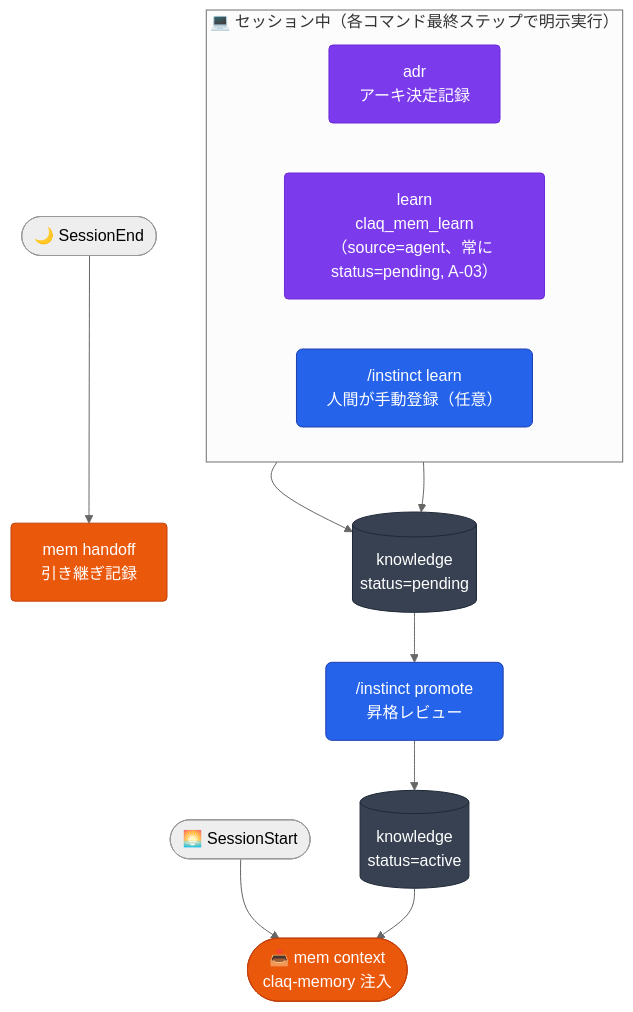
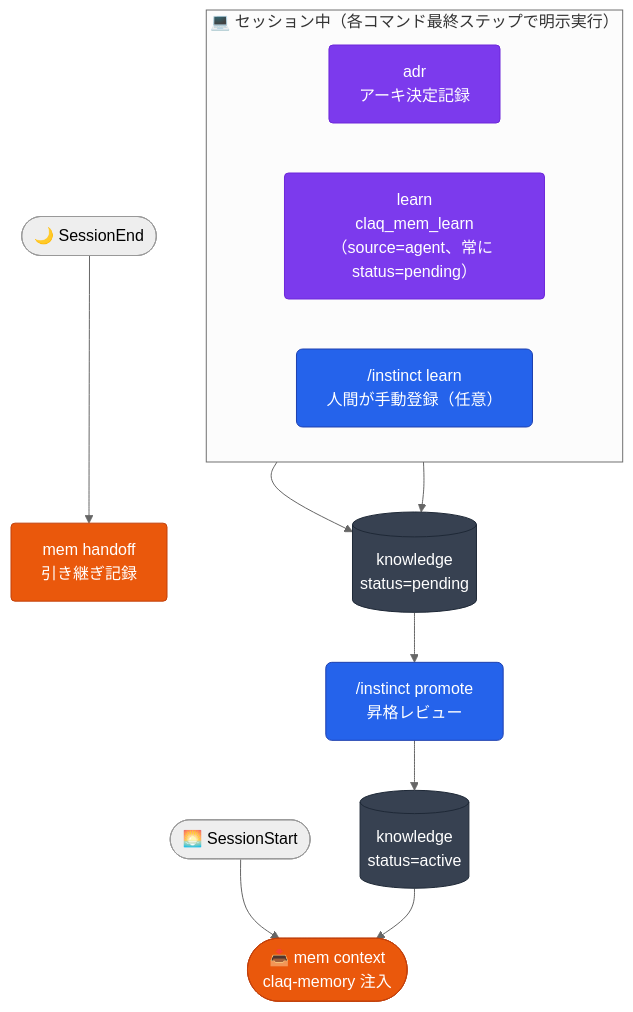
Before and after one commit to aokumablue/claq: diagram 13 of 19 in README.md, drawn with Mermaid (neutral theme). The commit also changed other lines of this file, not shown here.

First line of the commit message:
docs(readme): コマンドの段数・ワークフロー図・フック説明を実装に合わせる

````diff
--- a/README.md
+++ b/README.md
@@ -578,25 +592,25 @@
 ```mermaid
 flowchart TD
   classDef cmd    fill:#2563eb,stroke:#1e40af,color:#fff,rx:6
   classDef auto   fill:#ea580c,stroke:#c2410c,color:#fff,rx:4
   classDef skill  fill:#7c3aed,stroke:#6d28d9,color:#fff,rx:4
   classDef store  fill:#374151,stroke:#1f2937,color:#fff,rx:4
 
   SS(["🌅 SessionStart"]) --> MC(["📥 mem context<br/>claq-memory 注入"]):::auto
 
   subgraph session["💻 セッション中（各コマンド最終ステップで明示実行）"]
     direction LR
     SAD["adr<br/>アーキ決定記録"]:::skill
-    CW["learn<br/>claq_mem_learn（source=agent、常に status=pending, A-03）"]:::skill
+    CW["learn<br/>claq_mem_learn（source=agent、常に status=pending）"]:::skill
     CA["/instinct learn<br/>人間が手動登録（任意）"]:::cmd
   end
 
   KA[("knowledge<br/>status=active")]:::store
   KA --> MC
 
   SE(["🌙 SessionEnd"]) --> SLE["mem handoff<br/>引き継ぎ記録"]:::auto
   CW --> PK[("knowledge<br/>status=pending")]:::store
   CA --> PK
   PK --> CI["/instinct promote<br/>昇格レビュー"]:::cmd
   CI --> KA
 ```
````
